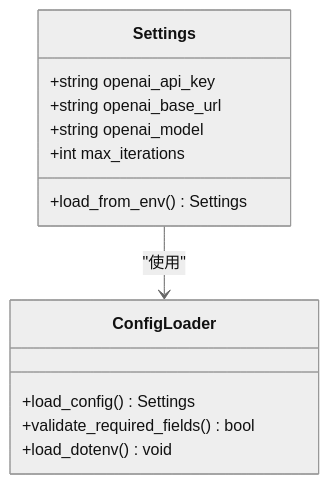
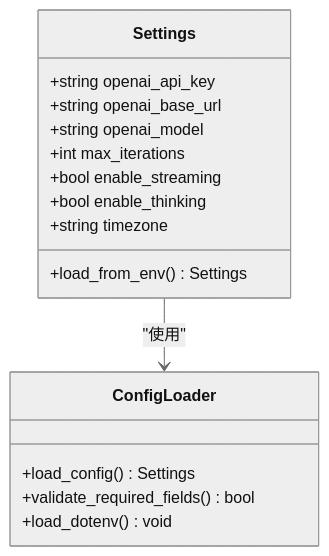
The second of 9 diagrams in .qoder/repowiki/zh/content/项目概述.md (250shiwo/MySmallAgent), drawn with Mermaid (neutral theme) before and after one commit. The commit also changed other lines of this file and 41 other files, not shown here.

````diff
--- a/.qoder/repowiki/zh/content/项目概述.md
+++ b/.qoder/repowiki/zh/content/项目概述.md
@@ -130,16 +151,19 @@
 ```mermaid
 classDiagram
 class Settings {
 +string openai_api_key
 +string openai_base_url
 +string openai_model
 +int max_iterations
++bool enable_streaming
++bool enable_thinking
++string timezone
 +load_from_env() Settings
 }
 class ConfigLoader {
 +load_config() Settings
 +validate_required_fields() bool
 +load_dotenv() void
 }
 Settings --> ConfigLoader : "使用"
 ```
````
